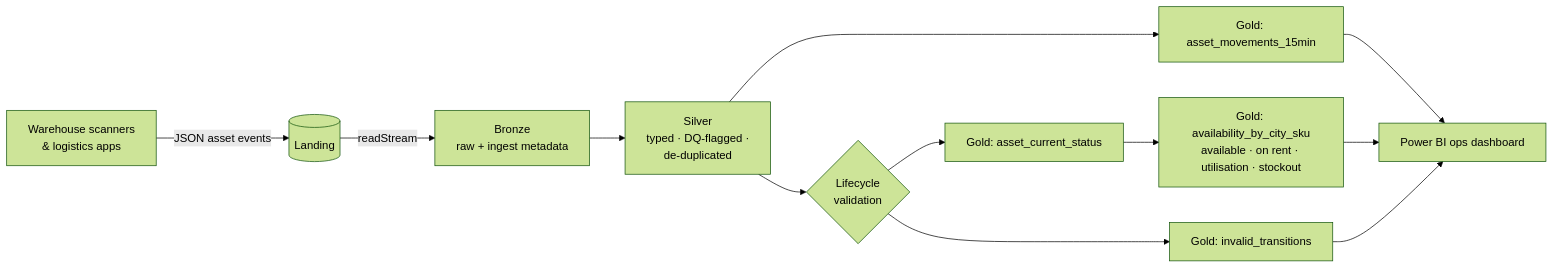
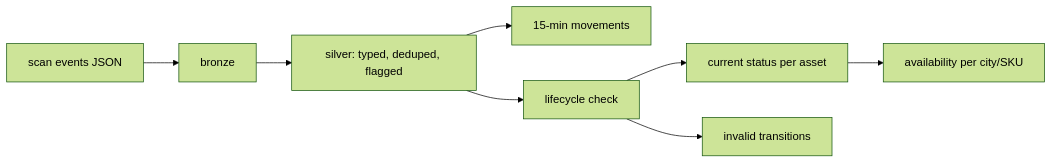
Before and after one commit to amitd307/rental-asset-tracking-realtime: the diagram in README.md, drawn with Mermaid (forest theme). The commit also changed other lines of this file, not shown here.

````diff
--- a/README.md
+++ b/README.md
@@ -13,14 +13,10 @@
 ```mermaid
 flowchart LR
-    W[Warehouse scanners<br/>& logistics apps] -->|JSON asset events| L[(Landing)]
-    L -->|readStream| B[Bronze<br/>raw + ingest metadata]
-    B --> S[Silver<br/>typed · DQ-flagged ·<br/>de-duplicated]
-    S --> M[Gold: asset_movements_15min]
-    S --> V{Lifecycle<br/>validation}
-    V --> C[Gold: asset_current_status]
-    V --> X[Gold: invalid_transitions]
-    C --> A[Gold: availability_by_city_sku<br/>available · on rent · utilisation · stockout]
-    M --> P[Power BI ops dashboard]
-    A --> P
-    X --> P
+    A[scan events JSON] --> B[bronze]
+    B --> S[silver: typed, deduped, flagged]
+    S --> M[15-min movements]
+    S --> V[lifecycle check]
+    V --> C[current status per asset]
+    V --> X[invalid transitions]
+    C --> AV[availability per city/SKU]
 ```
````
